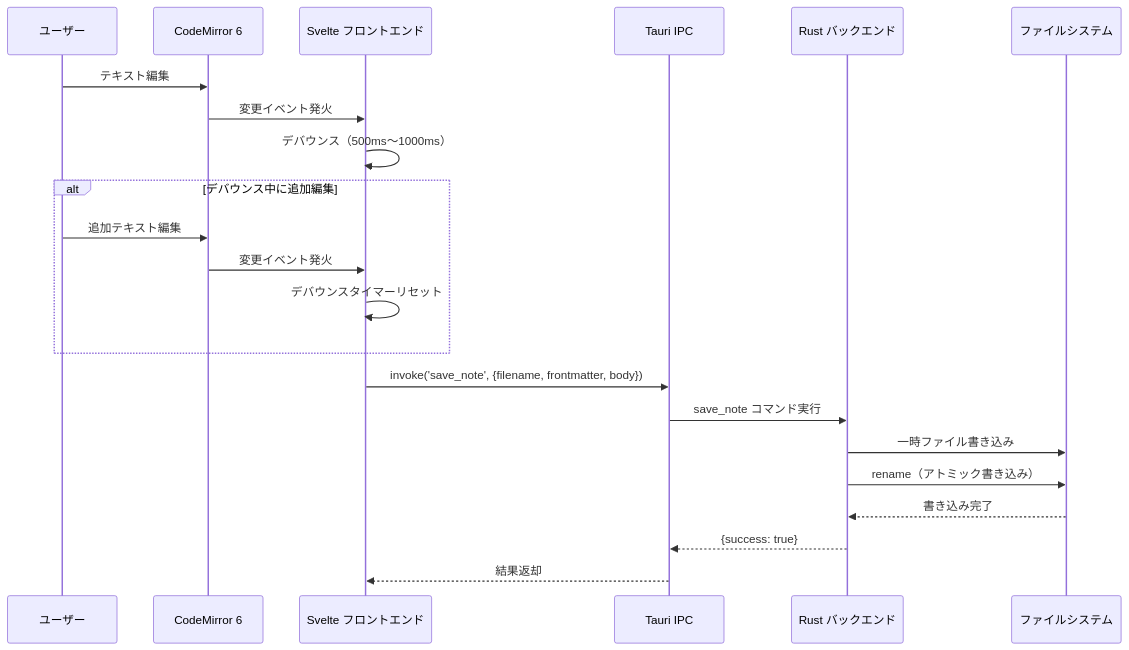
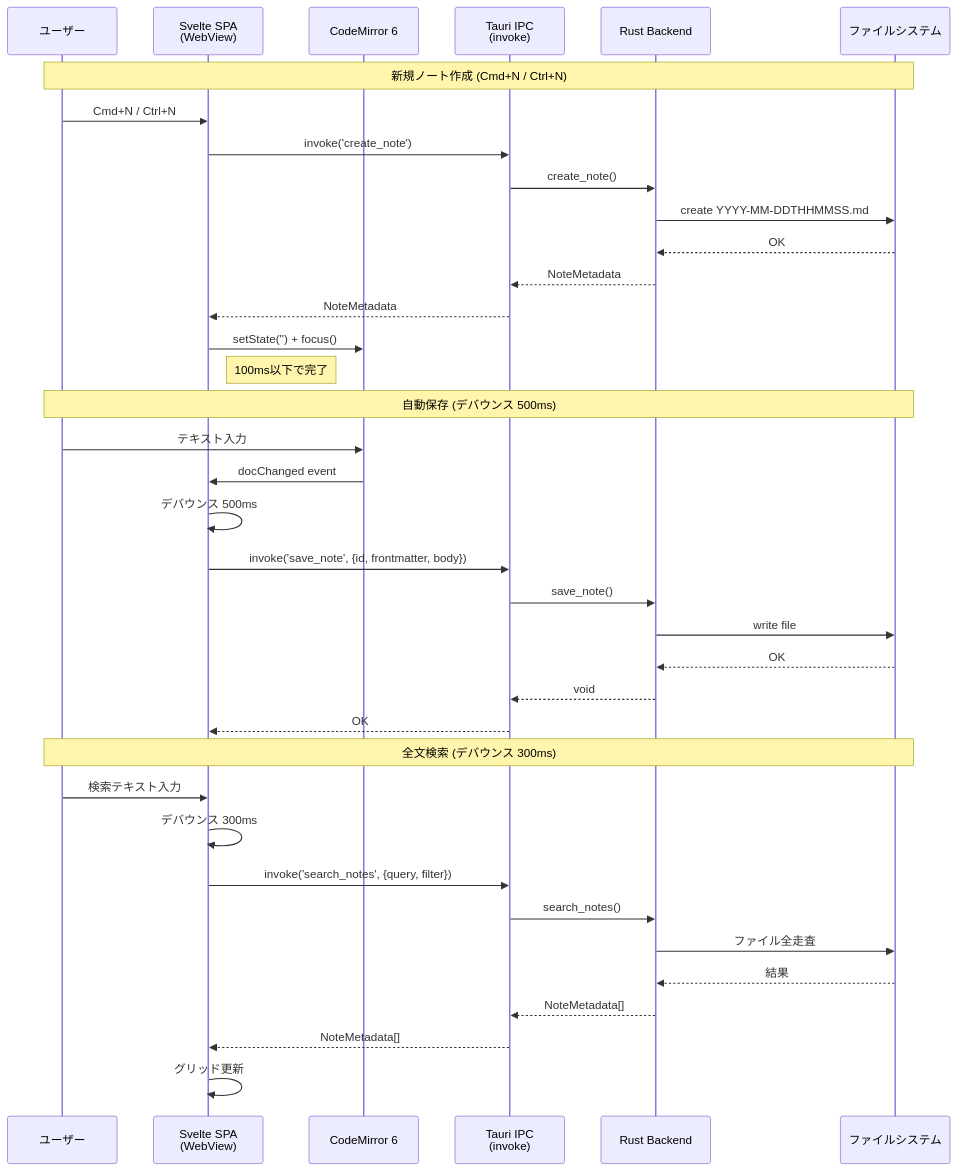
Before and after one commit to dev-komenzar/prompt-notes: the second of 3 diagrams in docs/detailed_design/component_architecture.md, drawn with Mermaid. The commit also changed other lines of this file and 7 other files, not shown here.

````diff
--- a/docs/detailed_design/component_architecture.md
+++ b/docs/detailed_design/component_architecture.md
@@ -120,27 +123,42 @@
 ```mermaid
 sequenceDiagram
     participant User as ユーザー
-    participant CM as CodeMirror 6
-    participant FE as Svelte フロントエンド
-    participant IPC as Tauri IPC
-    participant RS as Rust バックエンド
+    participant Svelte as Svelte SPA<br/>(WebView)
+    participant CM6 as CodeMirror 6
+    participant IPC as Tauri IPC<br/>(invoke)
+    participant Rust as Rust Backend
     participant FS as ファイルシステム
 
-    User->>CM: テキスト編集
-    CM->>FE: 変更イベント発火
-    FE->>FE: デバウンス（500ms〜1000ms）
+    Note over User, FS: 新規ノート作成 (Cmd+N / Ctrl+N)
+    User->>Svelte: Cmd+N / Ctrl+N
+    Svelte->>IPC: invoke('create_note')
+    IPC->>Rust: create_note()
+    Rust->>FS: create YYYY-MM-DDTHHMMSS.md
+    FS-->>Rust: OK
+    Rust-->>IPC: NoteMetadata
+    IPC-->>Svelte: NoteMetadata
+    Svelte->>CM6: setState('') + focus()
+    Note right of Svelte: 100ms以下で完了
 
-    alt デバウンス中に追加編集
-        User->>CM: 追加テキスト編集
-        CM->>FE: 変更イベント発火
-        FE->>FE: デバウンスタイマーリセット
-    end
+    Note over User, FS: 自動保存 (デバウンス 500ms)
+    User->>CM6: テキスト入力
+    CM6->>Svelte: docChanged event
+    Svelte->>Svelte: デバウンス 500ms
+    Svelte->>IPC: invoke('save_note', {id, frontmatter, body})
+    IPC->>Rust: save_note()
+    Rust->>FS: write file
+    FS-->>Rust: OK
+    Rust-->>IPC: void
+    IPC-->>Svelte: OK
 
-    FE->>IPC: invoke('save_note', {filename, frontmatter, body})
-    IPC->>RS: save_note コマンド実行
-    RS->>FS: 一時ファイル書き込み
-    RS->>FS: rename（アトミック書き込み）
-    FS-->>RS: 書き込み完了
-    RS-->>IPC: {success: true}
-    IPC-->>FE: 結果返却
+    Note over User, FS: 全文検索 (デバウンス 300ms)
+    User->>Svelte: 検索テキスト入力
+    Svelte->>Svelte: デバウンス 300ms
+    Svelte->>IPC: invoke('search_notes', {query, filter})
+    IPC->>Rust: search_notes()
+    Rust->>FS: ファイル全走査
+    FS-->>Rust: 結果
+    Rust-->>IPC: NoteMetadata[]
+    IPC-->>Svelte: NoteMetadata[]
+    Svelte->>Svelte: グリッド更新
 ```
````
